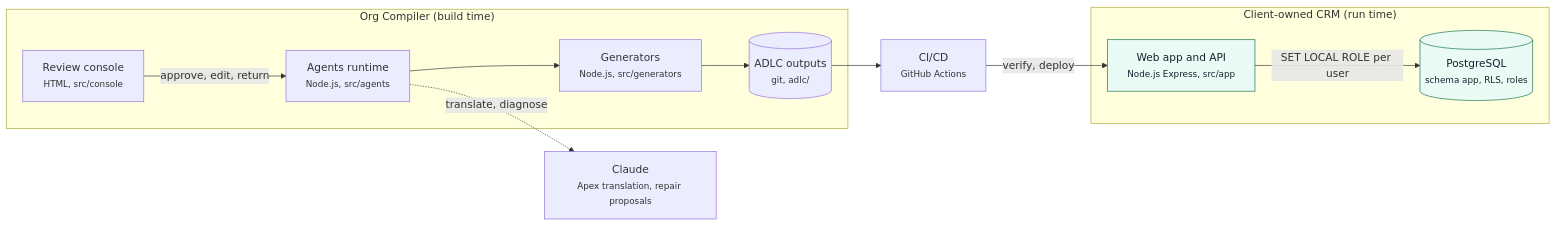
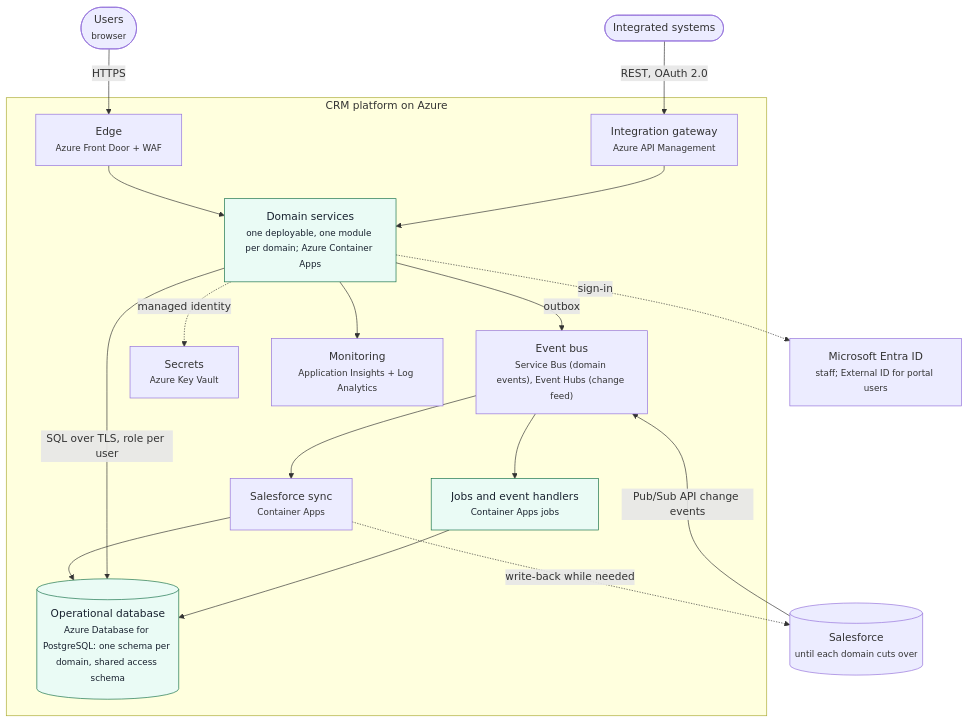
The third of 16 diagrams in adlc/2-design/modelling/design/HLD.md (himantgupta-alt/crm-genie), drawn with Mermaid before and after one commit. The commit also changed other lines of this file and 49 other files, not shown here.

First line of the commit message:
Client pack, target-state platform architecture and deck slide

````diff
--- a/adlc/2-design/modelling/design/HLD.md
+++ b/adlc/2-design/modelling/design/HLD.md
@@ -61,24 +101,29 @@
 ```mermaid
-flowchart LR
-  subgraph ORG["Org Compiler (build time)"]
-    AG["Agents runtime<br/><small>Node.js, src/agents</small>"]
-    GEN["Generators<br/><small>Node.js, src/generators</small>"]
-    CON["Review console<br/><small>HTML, src/console</small>"]
-    REPO[("ADLC outputs<br/><small>git, adlc/</small>")]
+flowchart TB
+  U(["Users<br/><small>browser</small>"])
+  EXT(["Integrated systems"])
+  SF[("Salesforce<br/><small>until each domain cuts over</small>")]
+  subgraph SYS["CRM platform on Azure"]
+    EDGE["Edge<br/><small>Azure Front Door + WAF</small>"]
+    GW["Integration gateway<br/><small>Azure API Management</small>"]
+    APP["Domain services<br/><small>one deployable, one module per domain; Azure Container Apps</small>"]
+    JOBS["Jobs and event handlers<br/><small>Container Apps jobs</small>"]
+    SYNC["Salesforce sync<br/><small>Container Apps</small>"]
+    BUS["Event bus<br/><small>Service Bus (domain events), Event Hubs (change feed)</small>"]
+    DB[("Operational database<br/><small>Azure Database for PostgreSQL: one schema per domain, shared access schema</small>")]
+    KV["Secrets<br/><small>Azure Key Vault</small>"]
+    MON["Monitoring<br/><small>Application Insights + Log Analytics</small>"]
   end
-  subgraph RUN["Client-owned CRM (run time)"]
-    APP["Web app and API<br/><small>Node.js Express, src/app</small>"]
-    DB[("PostgreSQL<br/><small>schema app, RLS, roles</small>")]
-  end
-  CI["CI/CD<br/><small>GitHub Actions</small>"]
-  LLM["Claude<br/><small>Apex translation, repair proposals</small>"]
-  AG --> GEN
-  GEN --> REPO
-  AG -. "translate, diagnose" .-> LLM
-  CON -- "approve, edit, return" --> AG
-  REPO --> CI
-  CI -- "verify, deploy" --> APP
-  APP -- "SET LOCAL ROLE per user" --> DB
+  IDP["Microsoft Entra ID<br/><small>staff; External ID for portal users</small>"]
+  U -- "HTTPS" --> EDGE --> APP
+  EXT -- "REST, OAuth 2.0" --> GW --> APP
+  SF -- "Pub/Sub API change events" --> BUS --> SYNC --> DB
+  SYNC -. "write-back while needed" .-> SF
+  APP -- "SQL over TLS, role per user" --> DB
+  APP -- "outbox" --> BUS --> JOBS --> DB
+  APP -. "managed identity" .-> KV
+  APP -. "sign-in" .-> IDP
+  APP --> MON
   classDef run fill:#EAFBF5,stroke:#157048,color:#18212F;
-  class APP,DB run;
+  class APP,JOBS,DB run;
 ```
````
